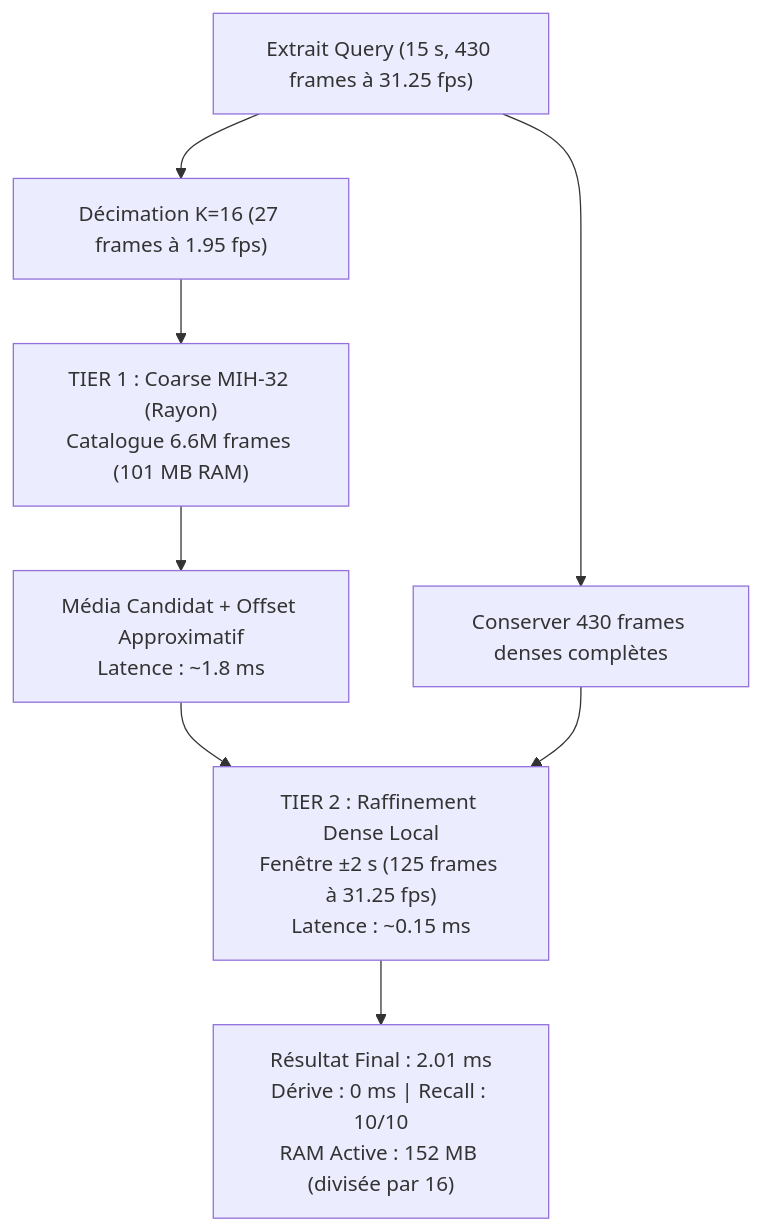
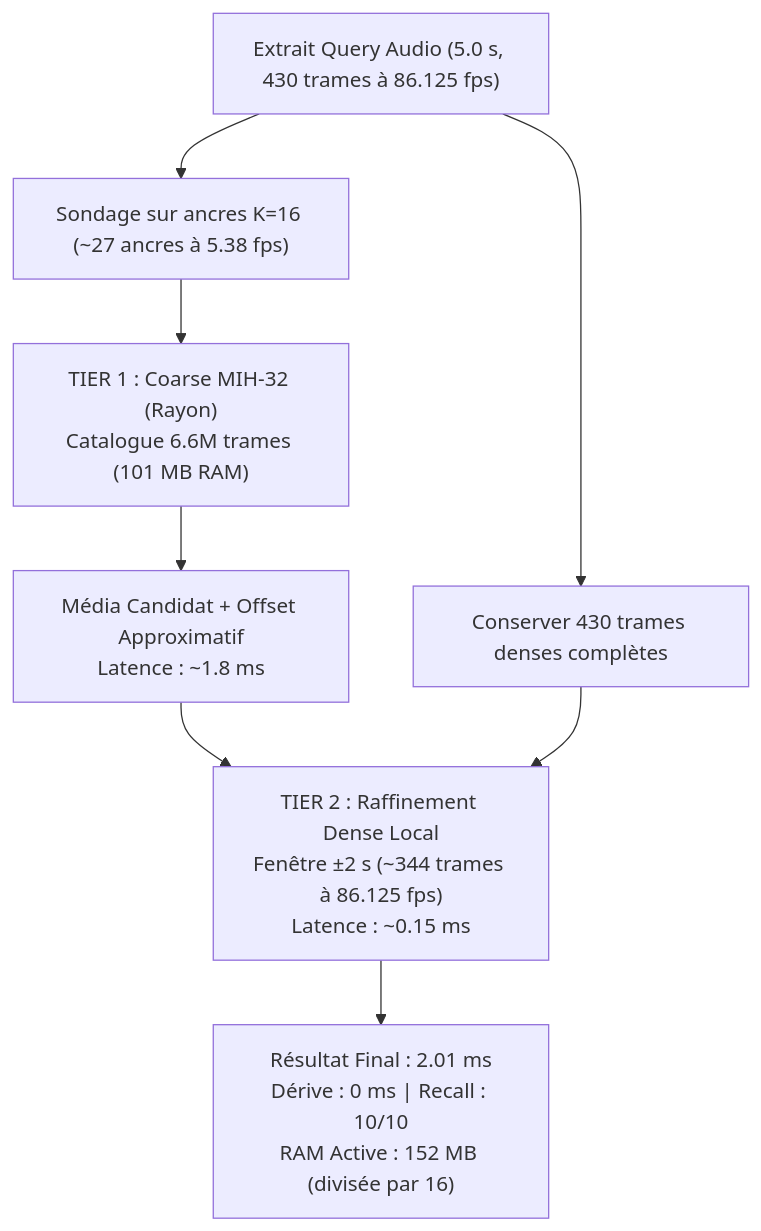
The diagram in docs/explanation/2026-11-12-analyse-mih16-vs-mih32-ahash-phash.md (yoyonel/pydbsrt), drawn with Mermaid before and after one commit. The commit also changed other lines of this file and 6 other files, not shown here.

````diff
--- a/docs/explanation/2026-11-12-analyse-mih16-vs-mih32-ahash-phash.md
+++ b/docs/explanation/2026-11-12-analyse-mih16-vs-mih32-ahash-phash.md
@@ -112,14 +123,14 @@
 ```mermaid
 flowchart TD
-    Q["Extrait Query (15 s, 430 frames à 31.25 fps)"]
-    Q --> Q_coarse["Décimation K=16 (27 frames à 1.95 fps)"]
-    Q --> Q_dense["Conserver 430 frames denses complètes"]
+    Q["Extrait Query Audio (5.0 s, 430 trames à 86.125 fps)"]
+    Q --> Q_coarse["Sondage sur ancres K=16 (~27 ancres à 5.38 fps)"]
+    Q --> Q_dense["Conserver 430 trames denses complètes"]
 
-    Q_coarse --> MIH["TIER 1 : Coarse MIH-32 (Rayon)\nCatalogue 6.6M frames (101 MB RAM)"]
+    Q_coarse --> MIH["TIER 1 : Coarse MIH-32 (Rayon)\nCatalogue 6.6M trames (101 MB RAM)"]
     MIH --> CAND["Média Candidat + Offset Approximatif\nLatence : ~1.8 ms"]
 
-    CAND --> FINE["TIER 2 : Raffinement Dense Local\nFenêtre ±2 s (125 frames à 31.25 fps)\nLatence : ~0.15 ms"]
+    CAND --> FINE["TIER 2 : Raffinement Dense Local\nFenêtre ±2 s (~344 trames à 86.125 fps)\nLatence : ~0.15 ms"]
     Q_dense --> FINE
 
     FINE --> RES["Résultat Final : 2.01 ms\nDérive : 0 ms | Recall : 10/10\nRAM Active : 152 MB (divisée par 16)"]
 ```
````
